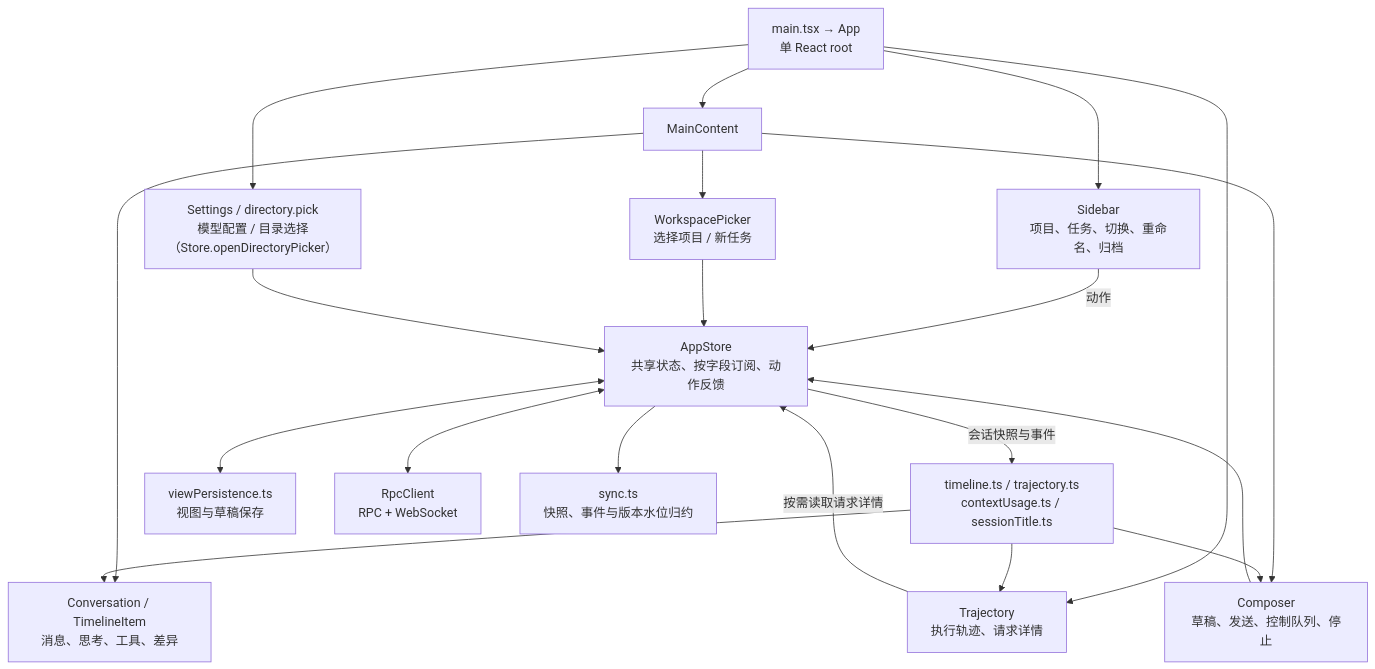
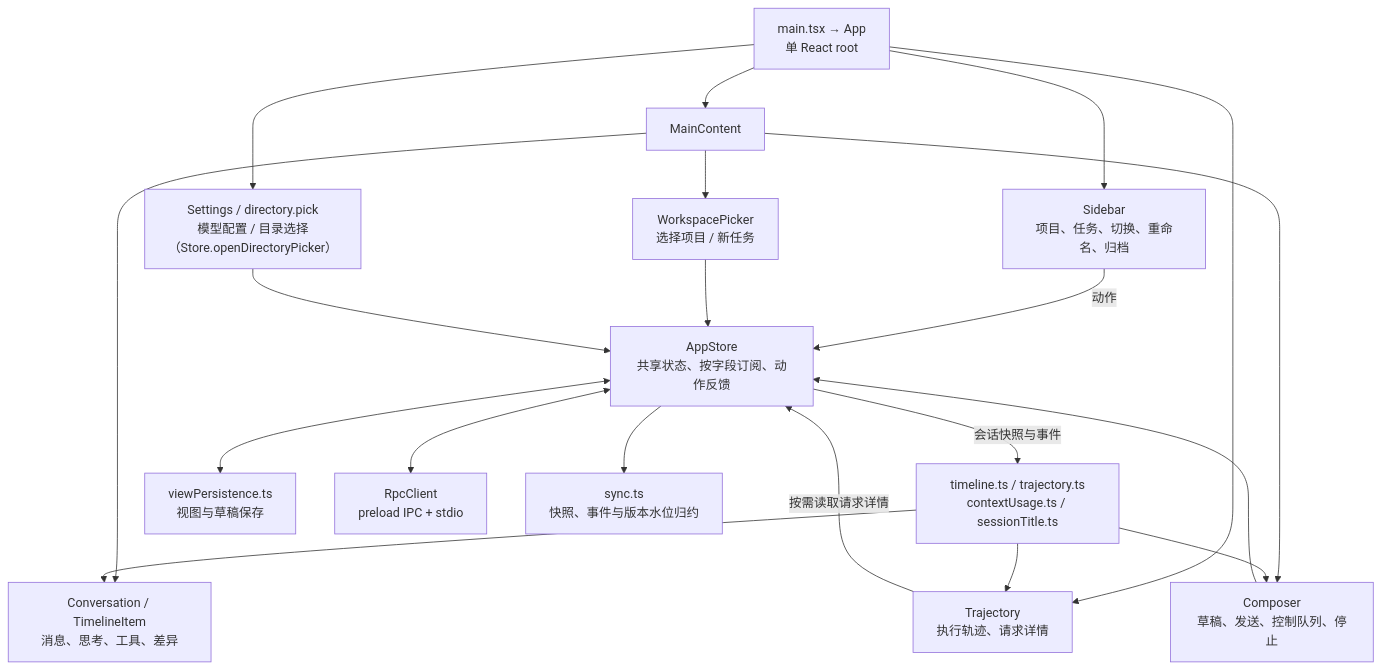
One commit to qjcnmd/singularity-agent changed the seventh of 29 diagrams in docs/architecture.md. Above: the diagram before and after it, drawn with Mermaid. The commit also changed other lines of this file and 193 other files, not shown here.

````diff
--- a/docs/architecture.md
+++ b/docs/architecture.md
@@ -190,22 +190,22 @@
 ```mermaid
 flowchart TB
     Root["main.tsx → App<br/>单 React root"] --> Sidebar["Sidebar<br/>项目、任务、切换、重命名、归档"]
     Root --> Main["MainContent"]
     Main --> Workspace["WorkspacePicker<br/>选择项目 / 新任务"]
     Main --> ConversationView["Conversation / TimelineItem<br/>消息、思考、工具、差异"]
     Main --> Composer["Composer<br/>草稿、发送、控制队列、停止"]
     Root --> Trajectory["Trajectory<br/>执行轨迹、请求详情"]
     Root --> Settings["Settings / directory.pick<br/>模型配置 / 目录选择（Store.openDirectoryPicker）"]
     Sidebar -->|"动作"| Store["AppStore<br/>共享状态、按字段订阅、动作反馈"]
     Workspace --> Store
     Composer --> Store
     Settings --> Store
     Trajectory -->|"按需读取请求详情"| Store
     Store -->|"会话快照与事件"| Derived["timeline.ts / trajectory.ts<br/>contextUsage.ts / sessionTitle.ts"]
     Derived --> ConversationView
     Derived --> Trajectory
     Derived --> Composer
     Store <--> Persistence["viewPersistence.ts<br/>视图与草稿保存"]
-    Store <--> Connection["RpcClient<br/>RPC + WebSocket"]
+    Store <--> Connection["RpcClient<br/>preload IPC + stdio"]
     Store --> Sync["sync.ts<br/>快照、事件与版本水位归约"]
 ```
````
